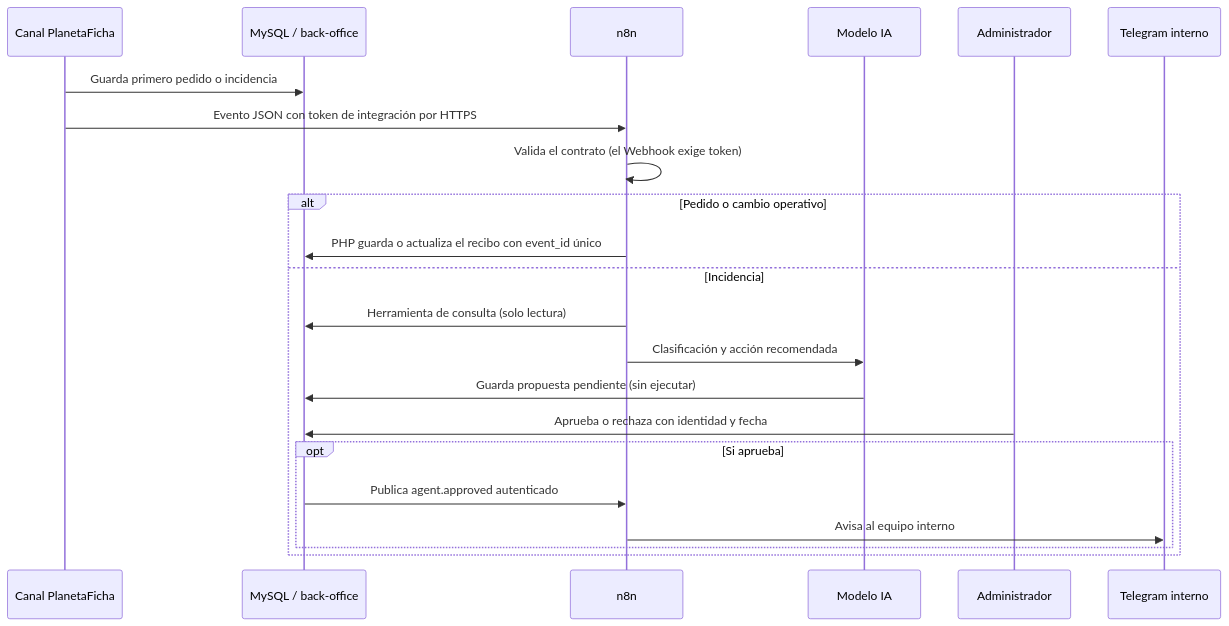
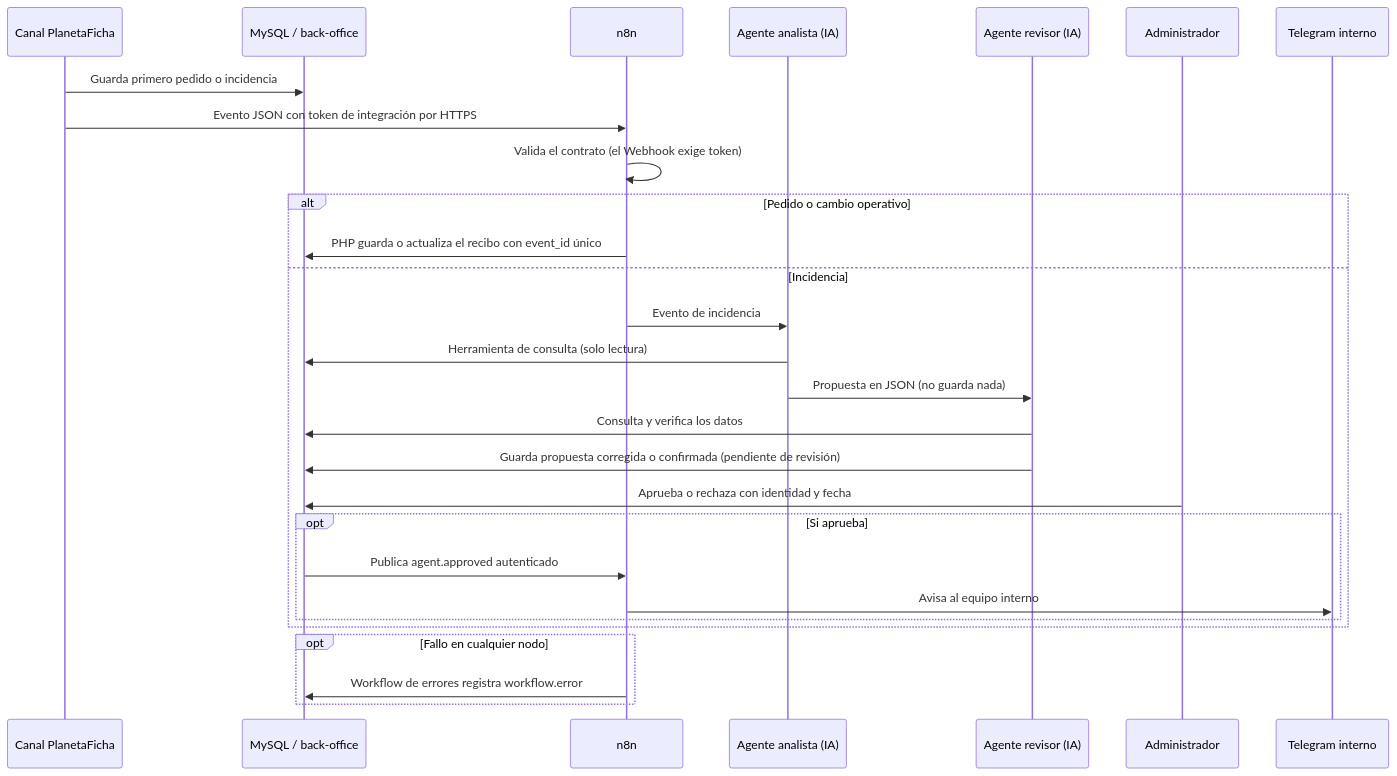
The diagram in tarea2/README.md (StickEsPalo/SolInfEmpresa_Grupo9), drawn with Mermaid before and after one commit. The commit also changed other lines of this file and 29 other files, not shown here.

````diff
--- a/tarea2/README.md
+++ b/tarea2/README.md
@@ -22,24 +22,30 @@
 ```mermaid
 sequenceDiagram
     participant Web as Canal PlanetaFicha
     participant DB as MySQL / back-office
     participant N8N as n8n
-    participant AI as Modelo IA
+    participant A1 as Agente analista (IA)
+    participant A2 as Agente revisor (IA)
     participant Admin as Administrador
     participant TG as Telegram interno
     Web->>DB: Guarda primero pedido o incidencia
     Web->>N8N: Evento JSON con token de integración por HTTPS
     N8N->>N8N: Valida el contrato (el Webhook exige token)
     alt Pedido o cambio operativo
-    N8N->>DB: PHP guarda o actualiza el recibo con event_id único
+        N8N->>DB: PHP guarda o actualiza el recibo con event_id único
     else Incidencia
-        N8N->>DB: Herramienta de consulta (solo lectura)
-        N8N->>AI: Clasificación y acción recomendada
-        AI->>DB: Guarda propuesta pendiente (sin ejecutar)
+        N8N->>A1: Evento de incidencia
+        A1->>DB: Herramienta de consulta (solo lectura)
+        A1->>A2: Propuesta en JSON (no guarda nada)
+        A2->>DB: Consulta y verifica los datos
+        A2->>DB: Guarda propuesta corregida o confirmada (pendiente de revisión)
         Admin->>DB: Aprueba o rechaza con identidad y fecha
         opt Si aprueba
             DB->>N8N: Publica agent.approved autenticado
             N8N->>TG: Avisa al equipo interno
         end
     end
+    opt Fallo en cualquier nodo
+        N8N->>DB: Workflow de errores registra workflow.error
+    end
 ```
````
